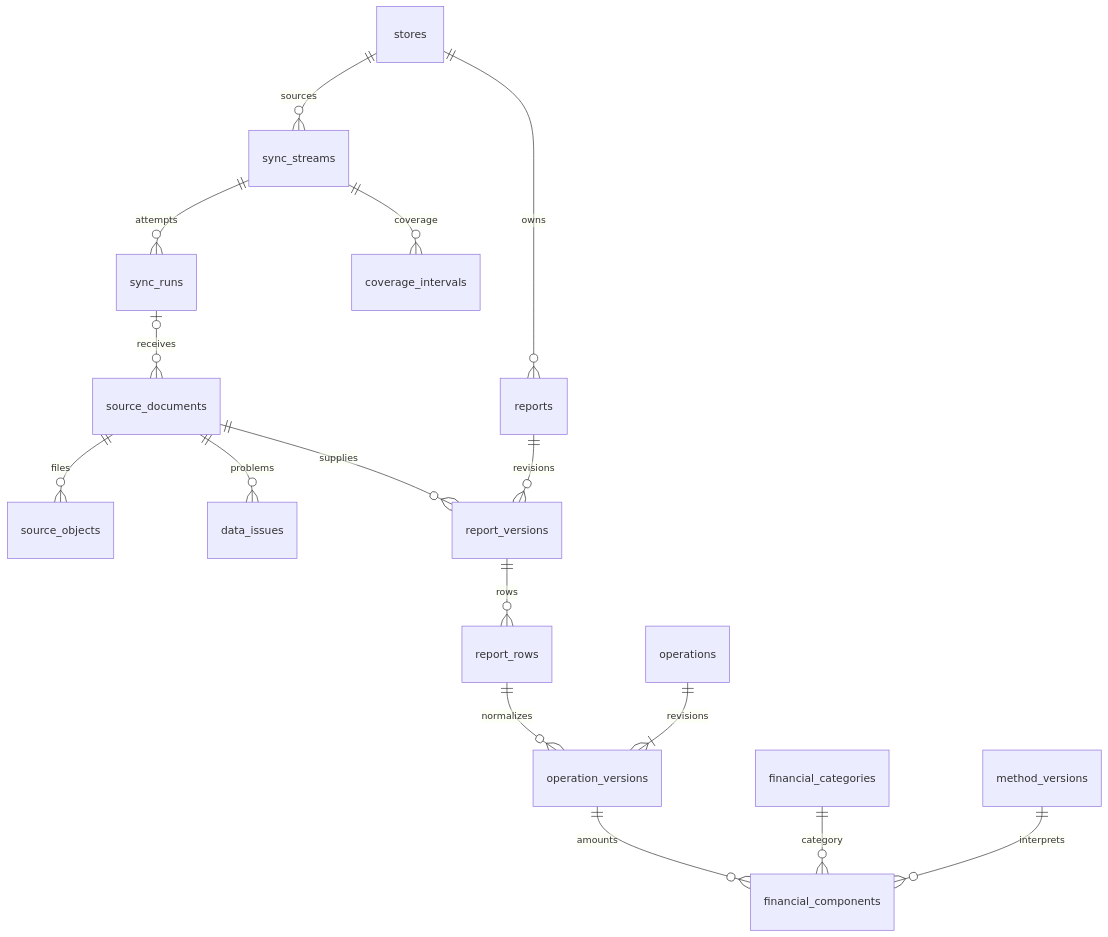
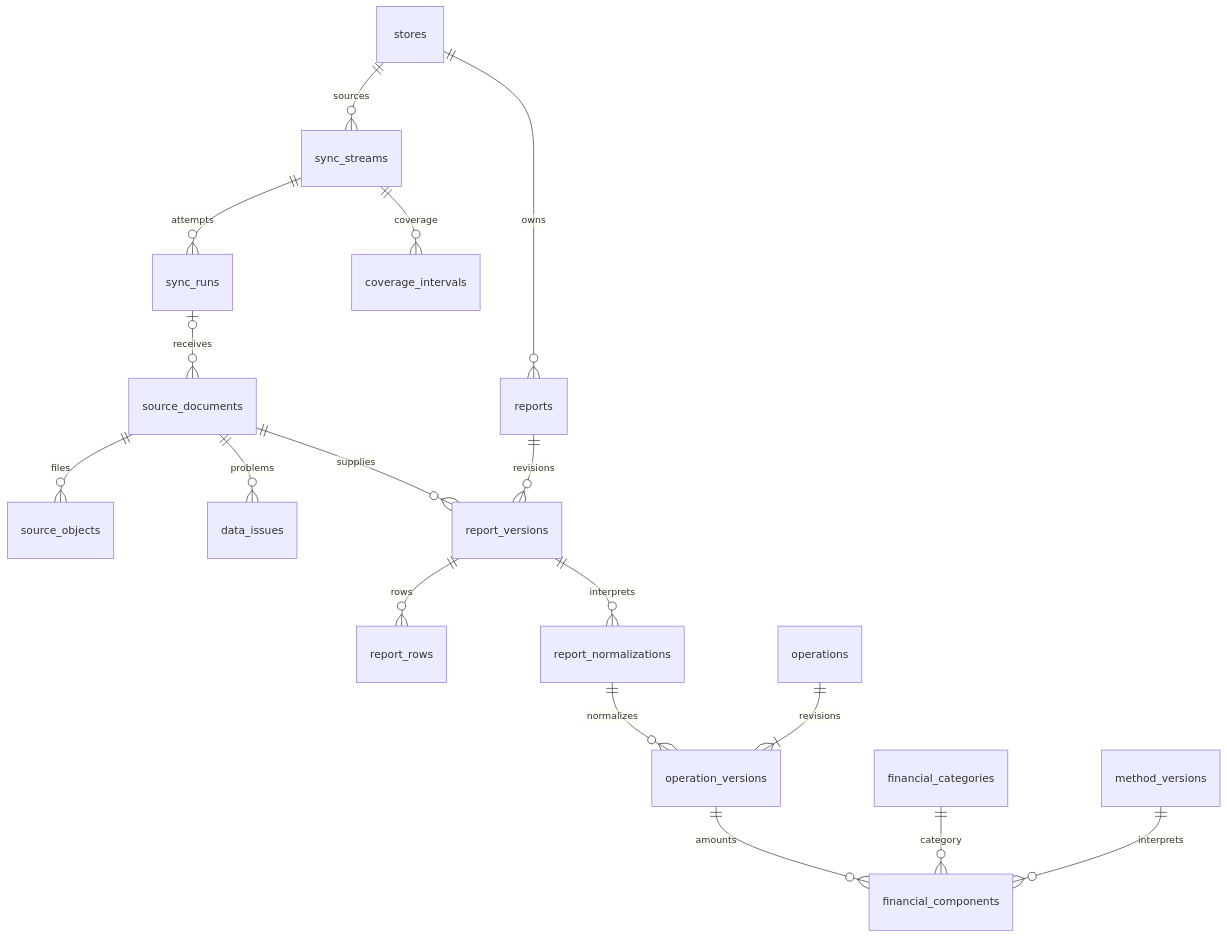
The fourth of 6 diagrams in outputs/database-v1.md (bessdelnik79/Marketplace-Control), drawn with Mermaid before and after one commit. The commit also changed other lines of this file and 18 other files, not shown here.

````diff
--- a/outputs/database-v1.md
+++ b/outputs/database-v1.md
@@ -95,18 +95,19 @@
 ```mermaid
 erDiagram
     stores ||--o{ sync_streams : sources
     sync_streams ||--o{ sync_runs : attempts
     sync_runs o|--o{ source_documents : receives
     source_documents ||--o{ source_objects : files
     sync_streams ||--o{ coverage_intervals : coverage
     source_documents ||--o{ data_issues : problems
     stores ||--o{ reports : owns
     reports ||--o{ report_versions : revisions
     source_documents ||--o{ report_versions : supplies
     report_versions ||--o{ report_rows : rows
-    report_rows ||--o{ operation_versions : normalizes
+    report_versions ||--o{ report_normalizations : interprets
+    report_normalizations ||--o{ operation_versions : normalizes
     operations ||--|{ operation_versions : revisions
     operation_versions ||--o{ financial_components : amounts
     financial_categories ||--o{ financial_components : category
     method_versions ||--o{ financial_components : interprets
 ```
````
